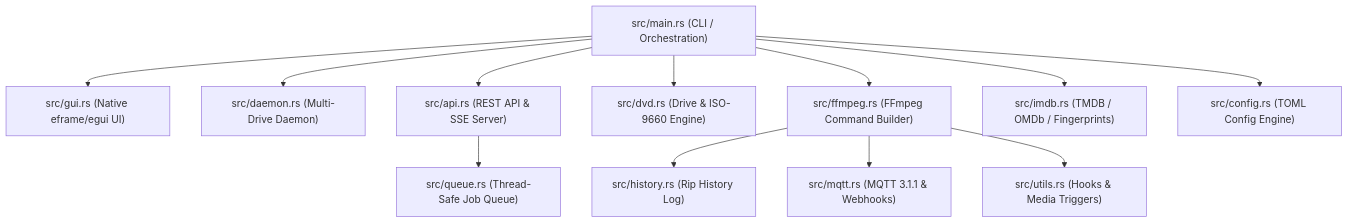
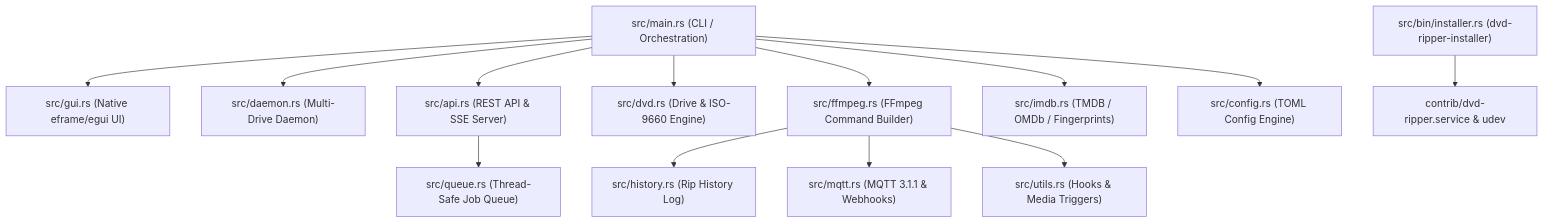
One commit to clockworkengineer/dvd-ripper changed the diagram in docs/ARCHITECTURE.md. Above: the diagram before and after it, drawn with Mermaid. The commit also changed other lines of this file and 9 other files, not shown here.

````diff
--- a/docs/ARCHITECTURE.md
+++ b/docs/ARCHITECTURE.md
@@ -18,14 +18,15 @@
 ```mermaid
 graph TD
     Main["src/main.rs (CLI / Orchestration)"] --> GUI["src/gui.rs (Native eframe/egui UI)"]
     Main --> Daemon["src/daemon.rs (Multi-Drive Daemon)"]
     Main --> API["src/api.rs (REST API & SSE Server)"]
     Main --> DVD["src/dvd.rs (Drive & ISO-9660 Engine)"]
     Main --> FFmpeg["src/ffmpeg.rs (FFmpeg Command Builder)"]
     Main --> IMDb["src/imdb.rs (TMDB / OMDb / Fingerprints)"]
     Main --> Config["src/config.rs (TOML Config Engine)"]
     API --> Queue["src/queue.rs (Thread-Safe Job Queue)"]
     FFmpeg --> History["src/history.rs (Rip History Log)"]
     FFmpeg --> MQTT["src/mqtt.rs (MQTT 3.1.1 & Webhooks)"]
     FFmpeg --> Utils["src/utils.rs (Hooks & Media Triggers)"]
+    Installer["src/bin/installer.rs (dvd-ripper-installer)"] --> Systemd["contrib/dvd-ripper.service & udev"]
 ```
````
